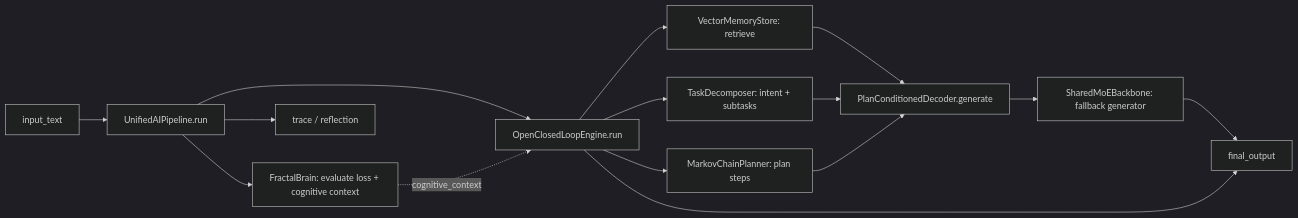
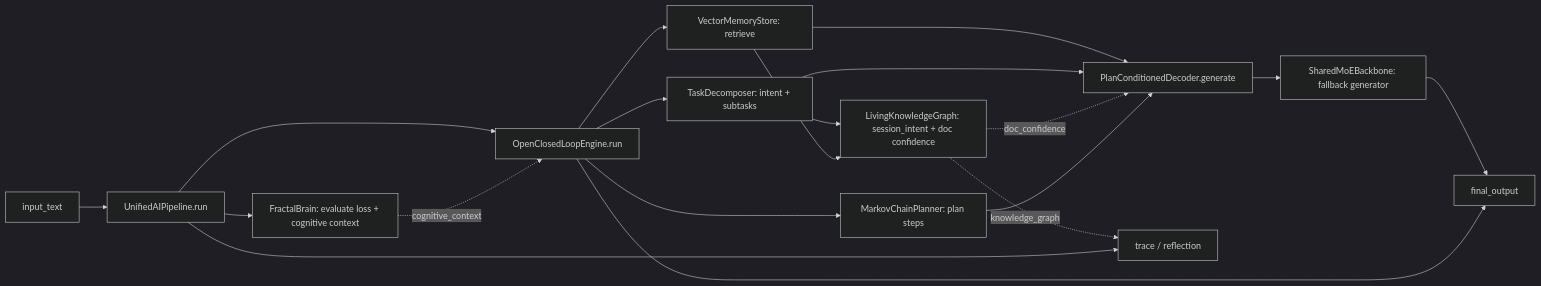
The diagram in docs/UNIFIED_PIPELINE.md (AhmadBaraWirayudha/Fractal-Brain), drawn with Mermaid (dark theme) before and after one commit. The commit also changed other lines of this file and 43 other files, not shown here.

````diff
--- a/docs/UNIFIED_PIPELINE.md
+++ b/docs/UNIFIED_PIPELINE.md
@@ -12,17 +12,21 @@
 ```mermaid
 flowchart LR
     IN[input_text] --> UP[UnifiedAIPipeline.run]
     UP --> FB[FractalBrain: evaluate loss + cognitive context]
     UP --> OCLE[OpenClosedLoopEngine.run]
     FB -. cognitive_context .-> OCLE
     OCLE --> MEM[VectorMemoryStore: retrieve]
     OCLE --> DEC[TaskDecomposer: intent + subtasks]
+    DEC --> LKG[LivingKnowledgeGraph: session_intent + doc confidence]
+    MEM --> LKG
     OCLE --> PLAN[MarkovChainPlanner: plan steps]
     MEM --> GEN
     DEC --> GEN
+    LKG -. doc_confidence .-> GEN
     PLAN --> GEN[PlanConditionedDecoder.generate]
     GEN --> BACKBONE[SharedMoEBackbone: fallback generator]
     BACKBONE --> OUT[final_output]
     OCLE --> OUT
+    LKG -. knowledge_graph .-> TRACE
     UP --> TRACE[trace / reflection]
 ```
````
